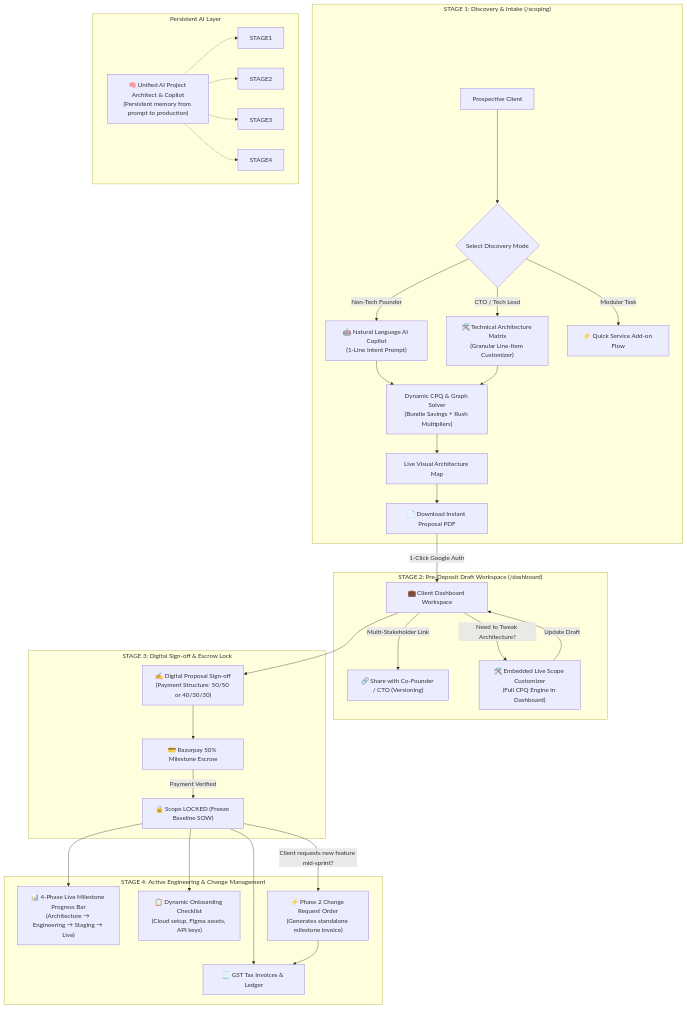
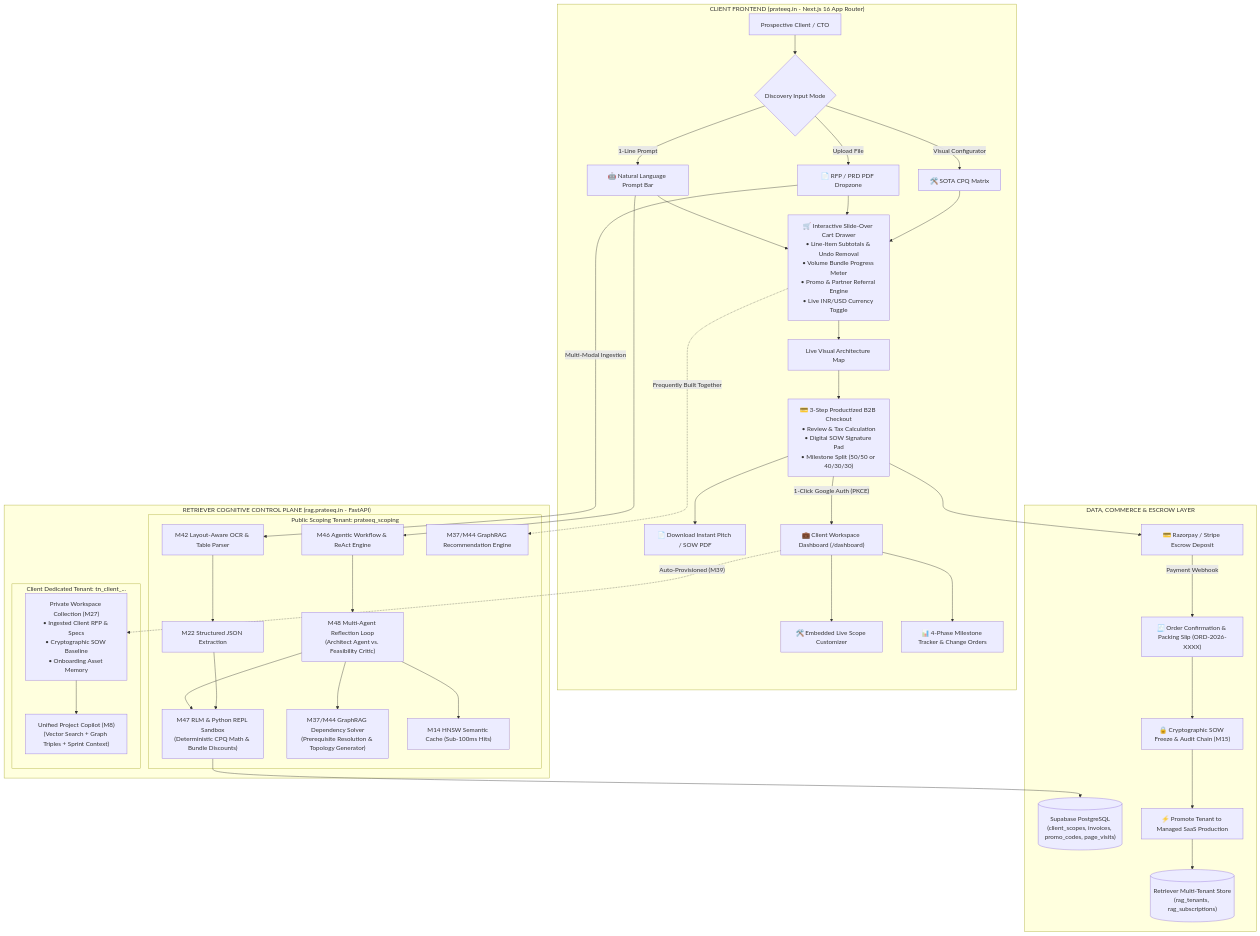
The first of 3 diagrams in docs/25_SOTA_Scoping_Engine_PRD.md (prat3010/Prateek_website), drawn with Mermaid before and after one commit. The commit also changed other lines of this file and 186 other files, not shown here.

Commit message:
feat(ecosystem): remediate audit findings, sync visual canvases, and harden multi-tenant RAG contracts

````diff
--- a/docs/25_SOTA_Scoping_Engine_PRD.md
+++ b/docs/25_SOTA_Scoping_Engine_PRD.md
@@ -25,42 +33,49 @@
 ```mermaid
 graph TD
-    subgraph "STAGE 1: Discovery & Intake (/scoping)"
-        VISITOR["Prospective Client"] --> INTAKE_MODE{"Select Discovery Mode"}
-        INTAKE_MODE -->|"Non-Tech Founder"| COPILOT["🤖 Natural Language AI Copilot<br/>(1-Line Intent Prompt)"]
-        INTAKE_MODE -->|"CTO / Tech Lead"| CONFIGURATOR["🛠️ Technical Architecture Matrix<br/>(Granular Line-Item Customizer)"]
-        INTAKE_MODE -->|"Modular Task"| QUICK_FLOW["⚡ Quick Service Add-on Flow"]
+    subgraph "CLIENT FRONTEND (prateeq.in - Next.js 16 App Router)"
+        VISITOR["Prospective Client / CTO"] --> DISCOVERY_GATE{"Discovery Input Mode"}
+        DISCOVERY_GATE -->|"1-Line Prompt"| NL_COPILOT["🤖 Natural Language Prompt Bar"]
+        DISCOVERY_GATE -->|"Upload File"| RFP_DROP["📄 RFP / PRD PDF Dropzone"]
+        DISCOVERY_GATE -->|"Visual Configurator"| TECH_MATRIX["🛠️ SOTA CPQ Matrix"]
         
-        COPILOT & CONFIGURATOR --> CPQ_ENGINE["Dynamic CPQ & Graph Solver<br/>(Bundle Savings + Rush Multipliers)"]
-        CPQ_ENGINE --> TOPOLOGY_PREVIEW["Live Visual Architecture Map"]
-        TOPOLOGY_PREVIEW --> INSTANT_PDF["📄 Download Instant Proposal PDF"]
+        NL_COPILOT & RFP_DROP & TECH_MATRIX --> CART_DRAWER["🛒 Interactive Slide-Over Cart Drawer<br/>• Line-Item Subtotals & Undo Removal<br/>• Volume Bundle Progress Meter<br/>• Promo & Partner Referral Engine<br/>• Live INR/USD Currency Toggle"]
+        
+        CART_DRAWER --> TOPOLOGY_PREVIEW["Live Visual Architecture Map"]
+        TOPOLOGY_PREVIEW --> CHECKOUT_FLOW["💳 3-Step Productized B2B Checkout<br/>• Review & Tax Calculation<br/>• Digital SOW Signature Pad<br/>• Milestone Split (50/50 or 40/30/30)"]
+        
+        CHECKOUT_FLOW --> INSTANT_PDF["📄 Download Instant Pitch / SOW PDF"]
+        CHECKOUT_FLOW -->|"1-Click Google Auth (PKCE)"| DASH_WORKSPACE["💼 Client Workspace Dashboard (/dashboard)"]
+        DASH_WORKSPACE --> EMBEDDED_SCOPER["🛠️ Embedded Live Scope Customizer"]
+        DASH_WORKSPACE --> ACTIVE_SPRINT["📊 4-Phase Milestone Tracker & Change Orders"]
     end
 
-    subgraph "STAGE 2: Pre-Deposit Draft Workspace (/dashboard)"
-        INSTANT_PDF -->|"1-Click Google Auth"| DASH_WORKSPACE["💼 Client Dashboard Workspace"]
-        DASH_WORKSPACE -->|"Multi-Stakeholder Link"| COLLAB["🔗 Share with Co-Founder / CTO (Versioning)"]
-        DASH_WORKSPACE -->|"Need to Tweak Architecture?"| EMBED_SCOPER["🛠️ Embedded Live Scope Customizer<br/>(Full CPQ Engine in Dashboard)"]
-        EMBED_SCOPER -->|"Update Draft"| DASH_WORKSPACE
+    subgraph "RETRIEVER COGNITIVE CONTROL PLANE (rag.prateeq.in - FastAPI)"
+        subgraph "Public Scoping Tenant: prateeq_scoping"
+            RFP_DROP -->|"Multi-Modal Ingestion"| RET_INGEST["M42 Layout-Aware OCR & Table Parser"]
+            RET_INGEST --> RET_EXTRACT["M22 Structured JSON Extraction"]
+            
+            NL_COPILOT --> RET_AGENTIC["M46 Agentic Workflow & ReAct Engine"]
+            RET_AGENTIC --> RET_CONSENSUS["M48 Multi-Agent Reflection Loop<br/>(Architect Agent vs. Feasibility Critic)"]
+            
+            CART_DRAWER -.->|"Frequently Built Together"| RET_RECOMMENDER["M37/M44 GraphRAG Recommendation Engine"]
+            
+            RET_CONSENSUS & RET_EXTRACT --> RET_REPL["M47 RLM & Python REPL Sandbox<br/>(Deterministic CPQ Math & Bundle Discounts)"]
+            RET_CONSENSUS --> RET_GRAPHRAG["M37/M44 GraphRAG Dependency Solver<br/>(Prerequisite Resolution & Topology Generator)"]
+            RET_CONSENSUS --> RET_CACHE["M14 HNSW Semantic Cache (Sub-100ms Hits)"]
+        end
+
+        subgraph "Client Dedicated Tenant: tn_client_..."
+            DASH_WORKSPACE -.->|"Auto-Provisioned (M39)"| RET_PRIVATE_VAULT["Private Workspace Collection (M27)<br/>• Ingested Client RFP & Specs<br/>• Cryptographic SOW Baseline<br/>• Onboarding Asset Memory"]
+            RET_PRIVATE_VAULT --> RET_COPILOT_SESSION["Unified Project Copilot (M8)<br/>(Vector Search + Graph Triples + Sprint Context)"]
+        end
     end
 
-    subgraph "STAGE 3: Digital Sign-off & Escrow Lock"
-        DASH_WORKSPACE --> SIGN_MODAL["✍️ Digital Proposal Sign-off<br/>(Payment Structure: 50/50 or 40/30/30)"]
-        SIGN_MODAL --> RAZORPAY["💳 Razorpay 50% Milestone Escrow"]
-        RAZORPAY -->|"Payment Verified"| SCOPE_FREEZE["🔒 Scope LOCKED (Freeze Baseline SOW)"]
-    end
-
-    subgraph "STAGE 4: Active Engineering & Change Management"
-        SCOPE_FREEZE --> MILESTONES["📊 4-Phase Live Milestone Progress Bar<br/>(Architecture → Engineering → Staging → Live)"]
-        SCOPE_FREEZE --> ONBOARDING["📋 Dynamic Onboarding Checklist<br/>(Cloud setup, Figma assets, API keys)"]
-        SCOPE_FREEZE --> GST_INVOICES["🧾 GST Tax Invoices & Ledger"]
-        
-        SCOPE_FREEZE -->|"Client requests new feature mid-sprint?"| CHANGE_ORDER["⚡ Phase 2 Change Request Order<br/>(Generates standalone milestone invoice)"]
-        CHANGE_ORDER --> GST_INVOICES
-    end
-
-    subgraph "Persistent AI Layer"
-        UNIFIED_AI["🧠 Unified AI Project Architect & Copilot<br/>(Persistent memory from prompt to production)"] -.-> STAGE1
-        UNIFIED_AI -.-> STAGE2
-        UNIFIED_AI -.-> STAGE3
-        UNIFIED_AI -.-> STAGE4
+    subgraph "DATA, COMMERCE & ESCROW LAYER"
+        RET_REPL --> SUPABASE_DB[("Supabase PostgreSQL<br/>(client_scopes, invoices, promo_codes, page_visits)")]
+        CHECKOUT_FLOW --> RAZORPAY_GATEWAY["💳 Razorpay / Stripe Escrow Deposit"]
+        RAZORPAY_GATEWAY -->|"Payment Webhook"| ORDER_CONFIRM["🧾 Order Confirmation & Packing Slip (ORD-2026-XXXX)"]
+        ORDER_CONFIRM --> SOW_FREEZE["🔒 Cryptographic SOW Freeze & Audit Chain (M15)"]
+        SOW_FREEZE --> AUTO_PROVISION["⚡ Promote Tenant to Managed SaaS Production"]
+        AUTO_PROVISION --> RETRIEVER_TENANTS[("Retriever Multi-Tenant Store<br/>(rag_tenants, rag_subscriptions)")]
     end
 ```
````
